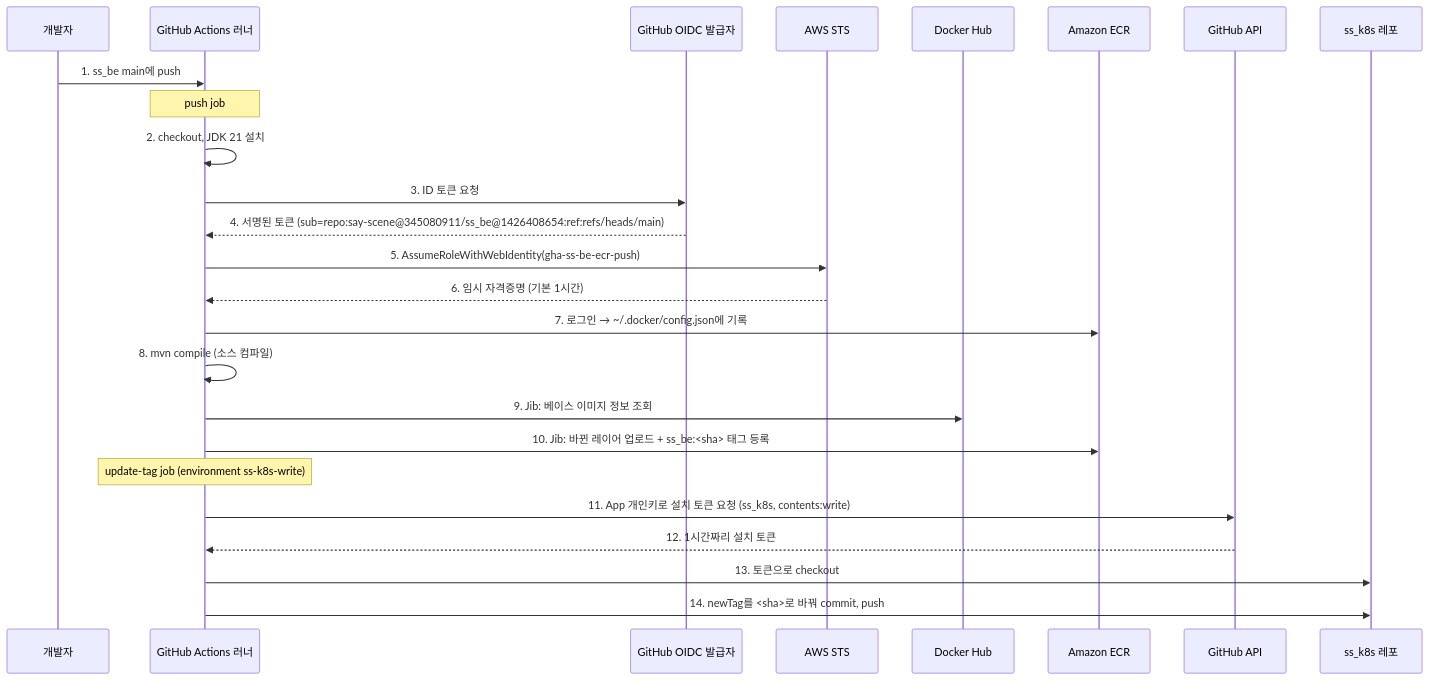
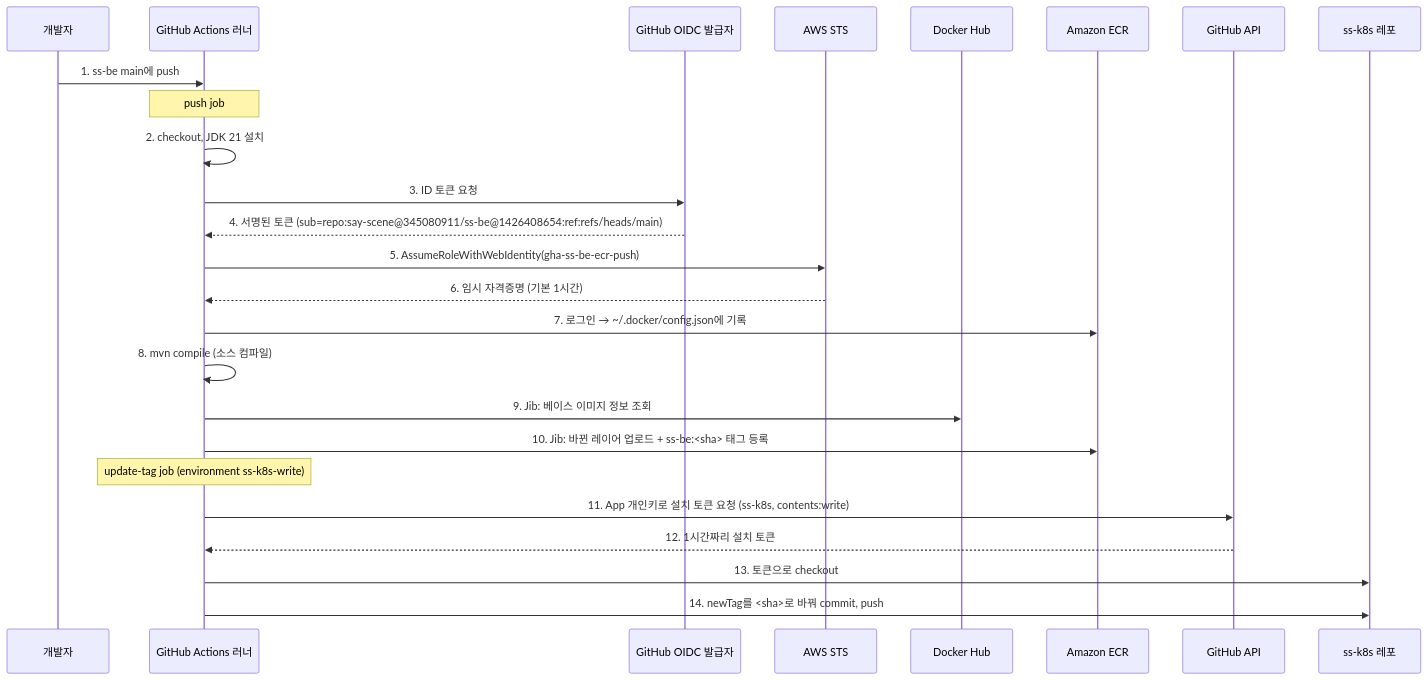
Before and after one commit to say-scene/ss-docs: the diagram in cicd/gha/gha-ecr-jib-push-manual-v1.md, drawn with Mermaid. The commit also changed other lines of this file and 2 other files, not shown here.

First line of the commit message:
docs: 레포와 ECR 이름을 하이픈 표기로 동기화

````diff
--- a/cicd/gha/gha-ecr-jib-push-manual-v1.md
+++ b/cicd/gha/gha-ecr-jib-push-manual-v1.md
@@ -53,27 +53,27 @@
 ```mermaid
 sequenceDiagram
   participant Dev as 개발자
   participant GH as GitHub Actions 러너
   participant IdP as GitHub OIDC 발급자
   participant STS as AWS STS
   participant Hub as Docker Hub
   participant ECR as Amazon ECR
   participant API as GitHub API
-  participant K8S as ss_k8s 레포
-  Dev->>GH: 1. ss_be main에 push
+  participant K8S as ss-k8s 레포
+  Dev->>GH: 1. ss-be main에 push
   Note over GH: push job
   GH->>GH: 2. checkout, JDK 21 설치
   GH->>IdP: 3. ID 토큰 요청
-  IdP-->>GH: 4. 서명된 토큰 (sub=repo:say-scene@345080911/ss_be@1426408654:ref:refs/heads/main)
+  IdP-->>GH: 4. 서명된 토큰 (sub=repo:say-scene@345080911/ss-be@1426408654:ref:refs/heads/main)
   GH->>STS: 5. AssumeRoleWithWebIdentity(gha-ss-be-ecr-push)
   STS-->>GH: 6. 임시 자격증명 (기본 1시간)
   GH->>ECR: 7. 로그인 → ~/.docker/config.json에 기록
   GH->>GH: 8. mvn compile (소스 컴파일)
   GH->>Hub: 9. Jib: 베이스 이미지 정보 조회
-  GH->>ECR: 10. Jib: 바뀐 레이어 업로드 + ss_be:<sha> 태그 등록
+  GH->>ECR: 10. Jib: 바뀐 레이어 업로드 + ss-be:<sha> 태그 등록
   Note over GH: update-tag job (environment ss-k8s-write)
-  GH->>API: 11. App 개인키로 설치 토큰 요청 (ss_k8s, contents:write)
+  GH->>API: 11. App 개인키로 설치 토큰 요청 (ss-k8s, contents:write)
   API-->>GH: 12. 1시간짜리 설치 토큰
   GH->>K8S: 13. 토큰으로 checkout
   GH->>K8S: 14. newTag를 <sha>로 바꿔 commit, push
 ```
````
